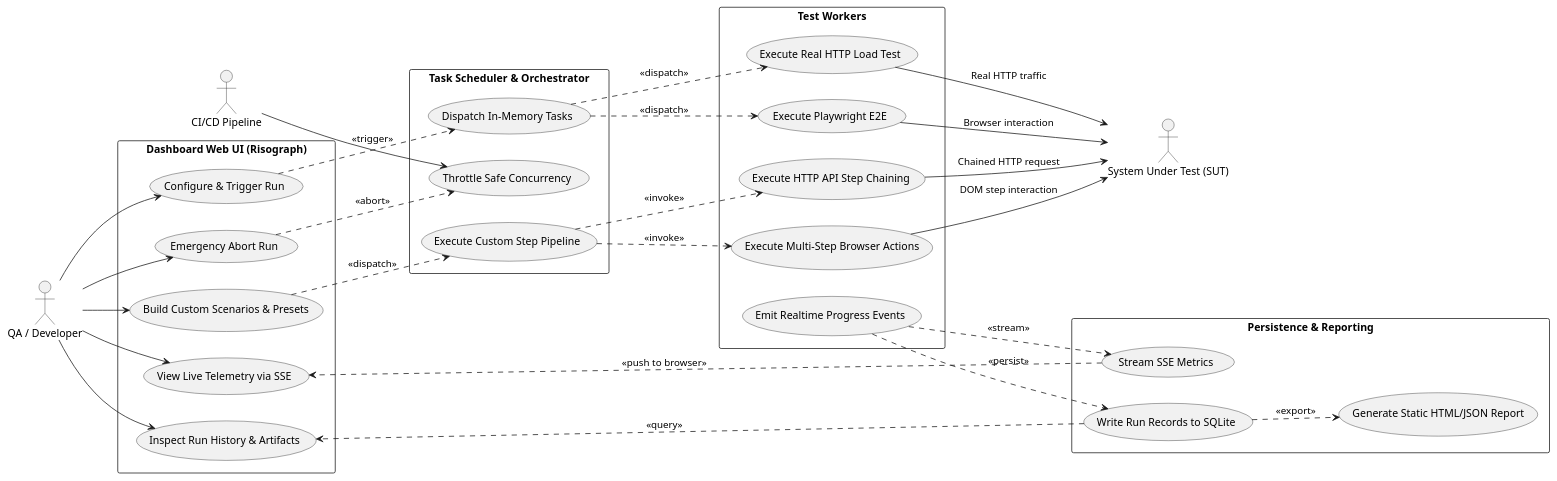
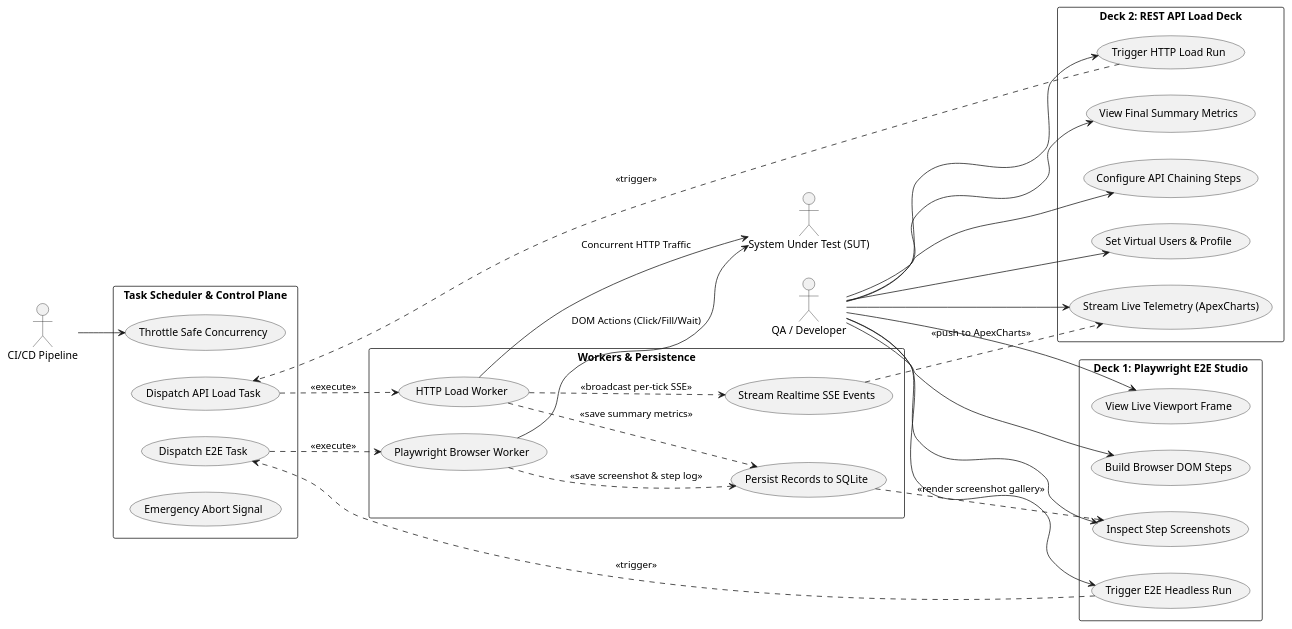
Before and after one commit to vfat/vqf-load-performance-tester: the diagram in .ai-doc/Dokumentasi-Komponen-Usecase.md, drawn with PlantUML. The commit also changed other lines of this file and 6 other files, not shown here.

Commit message:
docs: separate Playwright E2E Studio and REST API Load Deck into Two-Deck architecture in MoM, SCD, DCD, and 3p

````diff
--- a/.ai-doc/Dokumentasi-Komponen-Usecase.md
+++ b/.ai-doc/Dokumentasi-Komponen-Usecase.md
@@ -11,68 +13,72 @@
 ```plantuml
 @startuml
 left to right direction
 skinparam packageStyle rectangle
 
 actor "QA / Developer" as WebUser
 actor "CI/CD Pipeline" as CIUser
 actor "System Under Test (SUT)" as SUT
 
-package "Dashboard Web UI (Risograph)" {
-  usecase "Configure & Trigger Run" as UC_UI_01
-  usecase "Emergency Abort Run" as UC_UI_02
-  usecase "View Live Telemetry via SSE" as UC_UI_03
-  usecase "Inspect Run History & Artifacts" as UC_UI_04
-  usecase "Build Custom Scenarios & Presets" as UC_UI_05
+package "Deck 1: Playwright E2E Studio" {
+  usecase "Build Browser DOM Steps" as UC_E2E_01
+  usecase "Trigger E2E Headless Run" as UC_E2E_02
+  usecase "View Live Viewport Frame" as UC_E2E_03
+  usecase "Inspect Step Screenshots" as UC_E2E_04
 }
 
-package "Task Scheduler & Orchestrator" {
-  usecase "Throttle Safe Concurrency" as UC_SCHED_01
-  usecase "Dispatch In-Memory Tasks" as UC_SCHED_02
-  usecase "Execute Custom Step Pipeline" as UC_ORCH_05
+package "Deck 2: REST API Load Deck" {
+  usecase "Configure API Chaining Steps" as UC_API_01
+  usecase "Set Virtual Users & Profile" as UC_API_02
+  usecase "Trigger HTTP Load Run" as UC_API_03
+  usecase "Stream Live Telemetry (ApexCharts)" as UC_API_04
+  usecase "View Final Summary Metrics" as UC_API_05
 }
 
-package "Test Workers" {
-  usecase "Execute Playwright E2E" as UC_WORK_01
-  usecase "Execute Real HTTP Load Test" as UC_WORK_02
-  usecase "Emit Realtime Progress Events" as UC_WORK_03
-  usecase "Execute Multi-Step Browser Actions" as UC_WORK_04
-  usecase "Execute HTTP API Step Chaining" as UC_WORK_05
+package "Task Scheduler & Control Plane" {
+  usecase "Throttle Safe Concurrency" as UC_SCHED_01
+  usecase "Dispatch E2E Task" as UC_SCHED_02
+  usecase "Dispatch API Load Task" as UC_SCHED_03
+  usecase "Emergency Abort Signal" as UC_SCHED_04
 }
 
-package "Persistence & Reporting" {
-  usecase "Write Run Records to SQLite" as UC_DATA_01
-  usecase "Stream SSE Metrics" as UC_DATA_02
-  usecase "Generate Static HTML/JSON Report" as UC_DATA_03
+package "Workers & Persistence" {
+  usecase "Playwright Browser Worker" as UC_WORK_PW
+  usecase "HTTP Load Worker" as UC_WORK_HTTP
+  usecase "Persist Records to SQLite" as UC_DATA_01
+  usecase "Stream Realtime SSE Events" as UC_DATA_02
 }
 
-' Interactions
-WebUser --> UC_UI_01
-WebUser --> UC_UI_02
-WebUser --> UC_UI_03
-WebUser --> UC_UI_04
-WebUser --> UC_UI_05
+' Interactions Deck 1
+WebUser --> UC_E2E_01
+WebUser --> UC_E2E_02
+WebUser --> UC_E2E_03
+WebUser --> UC_E2E_04
+
+' Interactions Deck 2
+WebUser --> UC_API_01
+WebUser --> UC_API_02
+WebUser --> UC_API_03
+WebUser --> UC_API_04
+WebUser --> UC_API_05
 
 CIUser --> UC_SCHED_01
 
-UC_UI_01 ..> UC_SCHED_02 : <<trigger>>
-UC_UI_02 ..> UC_SCHED_01 : <<abort>>
-UC_UI_05 ..> UC_ORCH_05 : <<dispatch>>
+' Trigger to Schedulers
+UC_E2E_02 ..> UC_SCHED_02 : <<trigger>>
+UC_API_03 ..> UC_SCHED_03 : <<trigger>>
 
-UC_SCHED_02 ..> UC_WORK_01 : <<dispatch>>
-UC_SCHED_02 ..> UC_WORK_02 : <<dispatch>>
-UC_ORCH_05 ..> UC_WORK_04 : <<invoke>>
-UC_ORCH_05 ..> UC_WORK_05 : <<invoke>>
+UC_SCHED_02 ..> UC_WORK_PW : <<execute>>
+UC_SCHED_03 ..> UC_WORK_HTTP : <<execute>>
 
-UC_WORK_01 --> SUT : Browser interaction
-UC_WORK_02 --> SUT : Real HTTP traffic
-UC_WORK_04 --> SUT : DOM step interaction
-UC_WORK_05 --> SUT : Chained HTTP request
+UC_WORK_PW --> SUT : DOM Actions (Click/Fill/Wait)
+UC_WORK_HTTP --> SUT : Concurrent HTTP Traffic
 
-UC_WORK_03 ..> UC_DATA_02 : <<stream>>
-UC_WORK_03 ..> UC_DATA_01 : <<persist>>
-UC_DATA_02 ..> UC_UI_03 : <<push to browser>>
-UC_DATA_01 ..> UC_UI_04 : <<query>>
-UC_DATA_01 ..> UC_DATA_03 : <<export>>
+UC_WORK_PW ..> UC_DATA_01 : <<save screenshot & step log>>
+UC_WORK_HTTP ..> UC_DATA_02 : <<broadcast per-tick SSE>>
+UC_WORK_HTTP ..> UC_DATA_01 : <<save summary metrics>>
+
+UC_DATA_02 ..> UC_API_04 : <<push to ApexCharts>>
+UC_DATA_01 ..> UC_E2E_04 : <<render screenshot gallery>>
 
 @enduml
 ```
````
